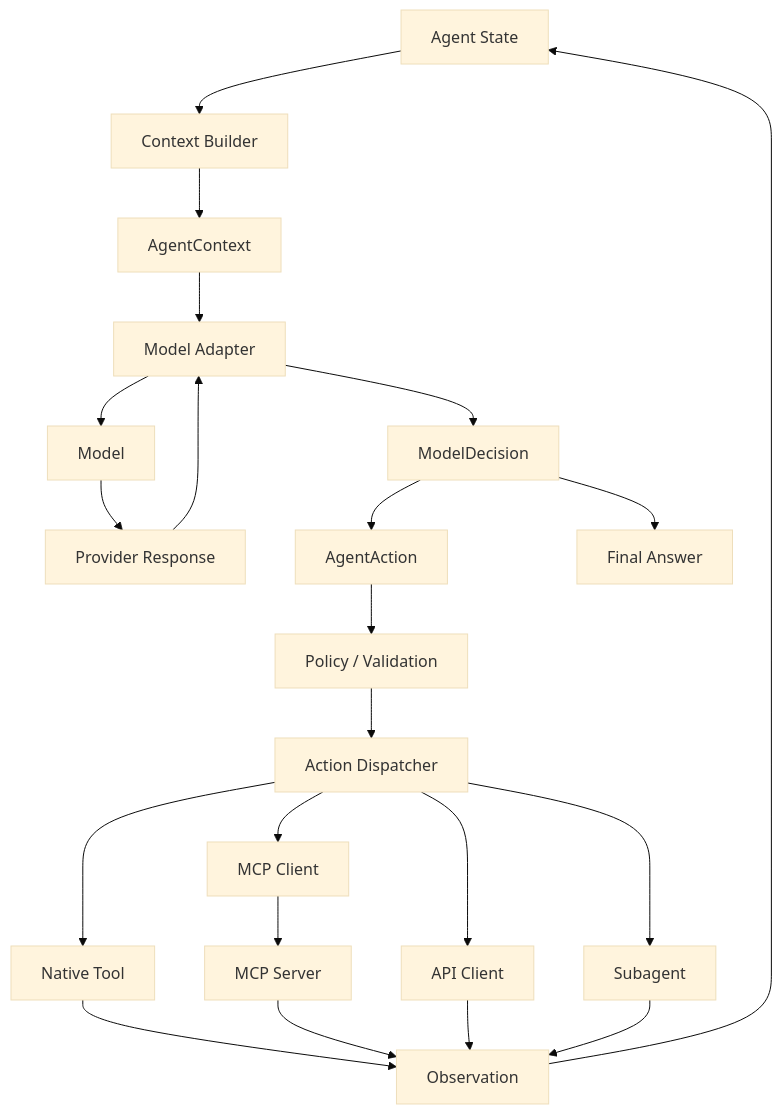
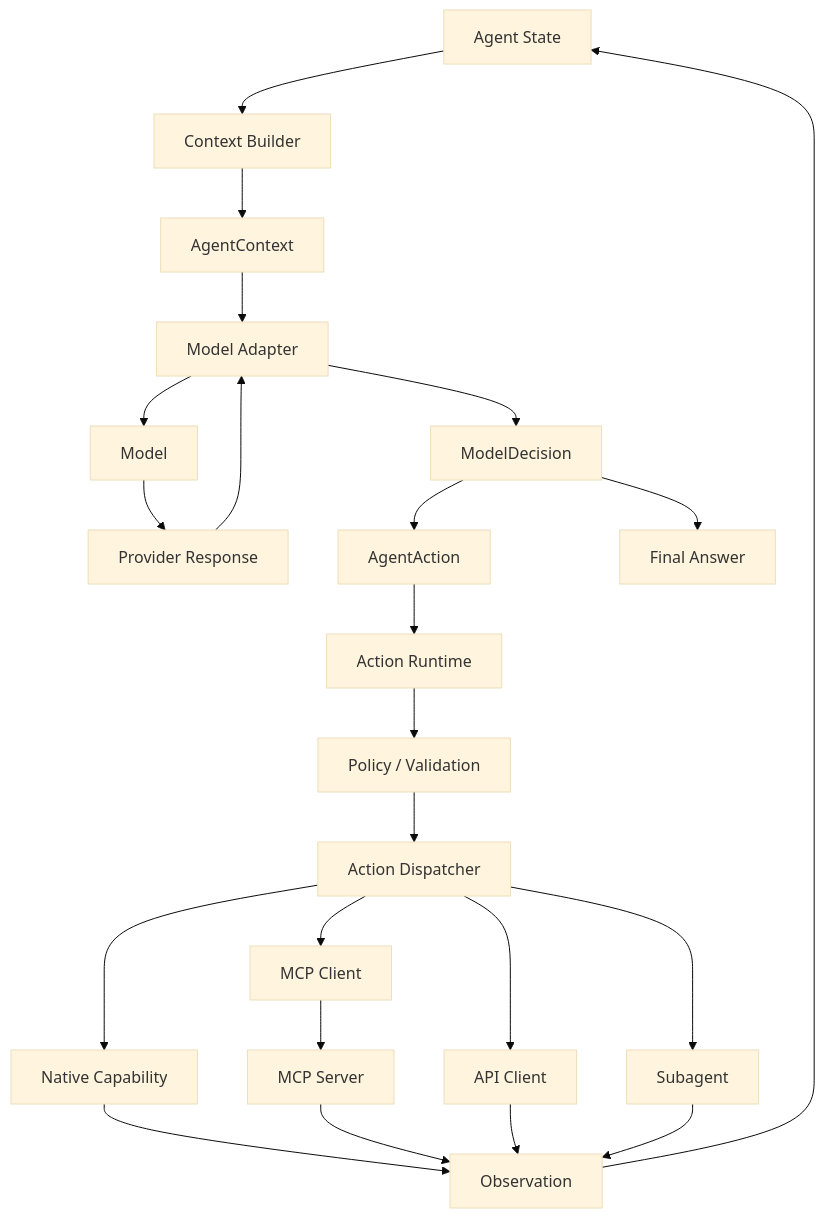
One commit to MaYaoquan/ai-agent-learning changed the fifth of 5 diagrams in docs/01-agent-fundamentals/03-core-components.md. Above: the diagram before and after it, drawn with Mermaid (base theme). The commit also changed other lines of this file, not shown here.

````diff
--- a/docs/01-agent-fundamentals/03-core-components.md
+++ b/docs/01-agent-fundamentals/03-core-components.md
@@ -407,31 +434,32 @@
 ```mermaid
 flowchart TD
     A[Agent State] --> B[Context Builder]
     B --> C[AgentContext]
     C --> D[Model Adapter]
     D --> E[Model]
 
     E --> F[Provider Response]
     F --> D
     D --> G[ModelDecision]
 
     G --> H[AgentAction]
     G --> I[Final Answer]
 
-    H --> J[Policy / Validation]
+    H --> AR[Action Runtime]
+    AR --> J[Policy / Validation]
     J --> K[Action Dispatcher]
 
-    K --> L[Native Tool]
+    K --> L[Native Capability]
     K --> M[MCP Client]
     K --> N[API Client]
     K --> O[Subagent]
 
     M --> P[MCP Server]
 
     L --> Q[Observation]
     P --> Q
     N --> Q
     O --> Q
 
     Q --> A
 ```
````
